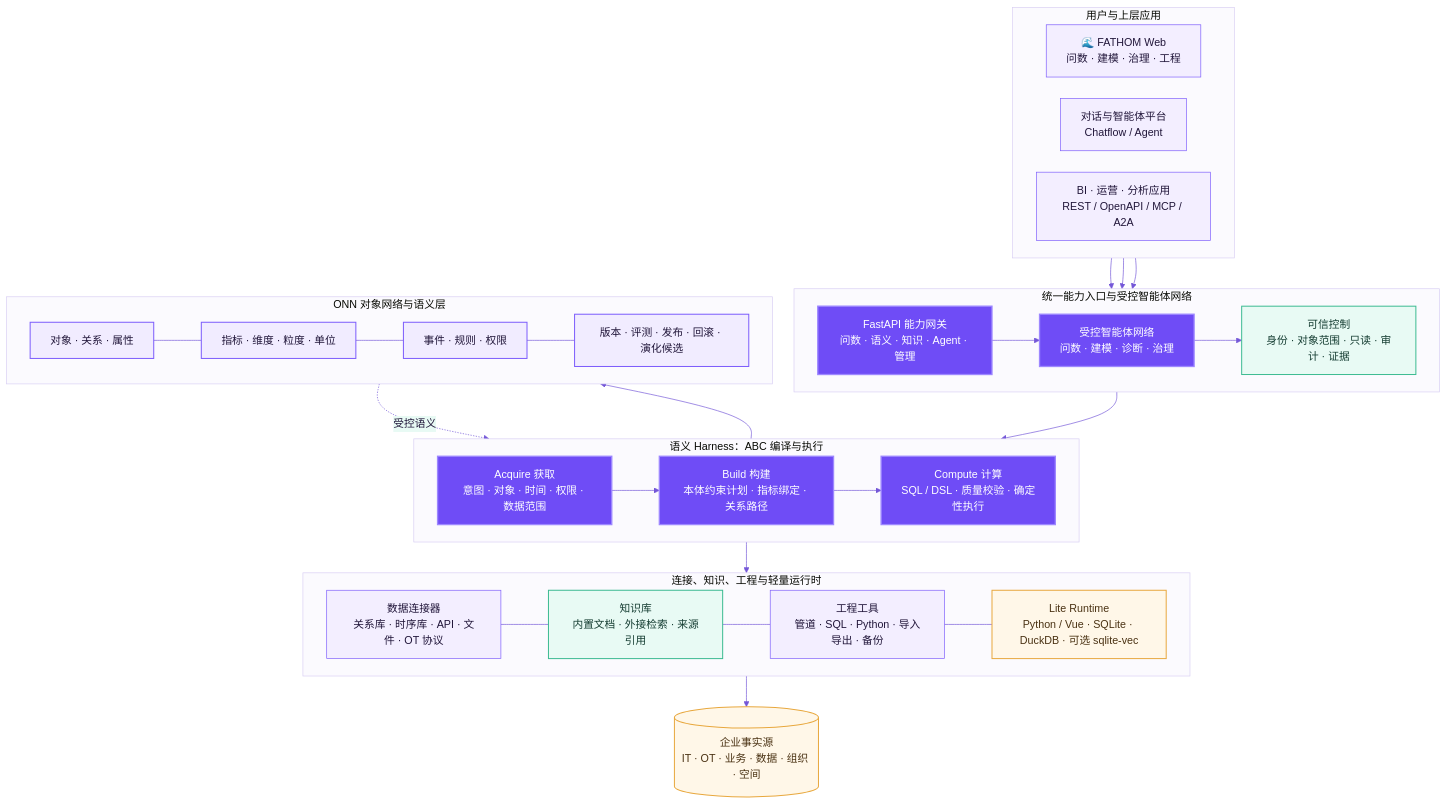
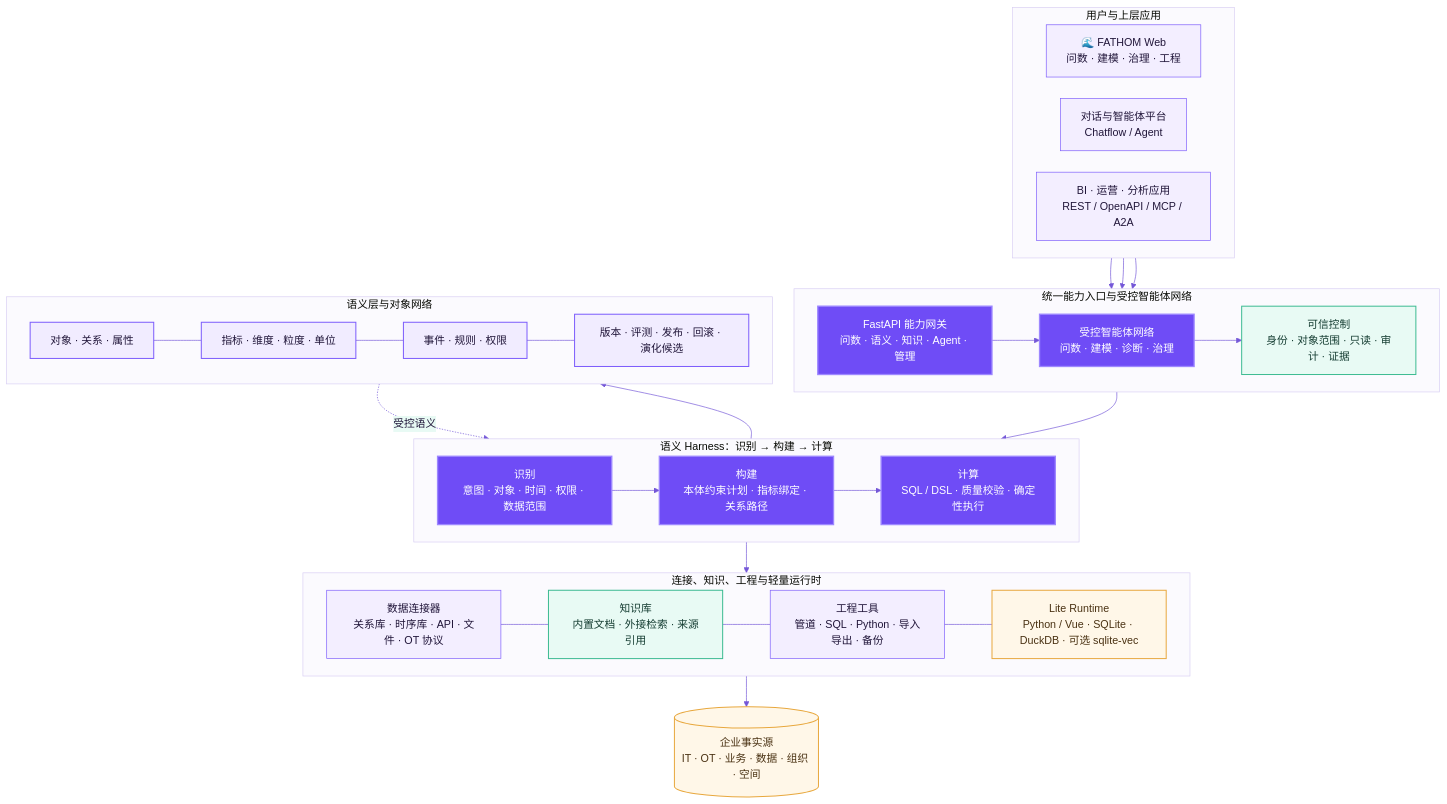
The diagram in docs/diagrams/fathom-architecture.mmd (fatasia/Fathom), drawn with Mermaid before and after one commit. The commit also changed 103 other files, not shown here.

```diff
--- a/docs/diagrams/fathom-architecture.mmd
+++ b/docs/diagrams/fathom-architecture.mmd
@@ -1,62 +1,62 @@
 %%{init: {"theme": "base", "themeVariables": {"fontFamily": "Microsoft YaHei, Inter, sans-serif", "primaryColor": "#F3EEFF", "primaryTextColor": "#21163A", "primaryBorderColor": "#7C5CFC", "lineColor": "#7457D8", "secondaryColor": "#E8FAF4", "tertiaryColor": "#F8F6FC", "clusterBkg": "#FBFAFE", "clusterBorder": "#D8CEF3"}, "flowchart": {"curve": "basis", "nodeSpacing": 32, "rankSpacing": 46}}}%%
 flowchart TB
   subgraph access[用户与上层应用]
     direction LR
     web[🌊 FATHOM Web<br/>问数 · 建模 · 治理 · 工程]
-    dify[对话与智能体平台<br/>Chatflow / Agent]
+    platform[对话与智能体平台<br/>Chatflow / Agent]
     apps[BI · 运营 · 分析应用<br/>REST / OpenAPI / MCP / A2A]
   end
 
   subgraph gateway[统一能力入口与受控智能体网络]
     direction LR
     api[FastAPI 能力网关<br/>问数 · 语义 · 知识 · Agent · 管理]
     mesh[受控智能体网络<br/>问数 · 建模 · 诊断 · 治理]
     trust[可信控制<br/>身份 · 对象范围 · 只读 · 审计 · 证据]
     api --> mesh --> trust
   end
 
-  subgraph harness[语义 Harness：ABC 编译与执行]
+  subgraph harness[语义 Harness：识别 → 构建 → 计算]
     direction LR
-    acquire[Acquire 获取<br/>意图 · 对象 · 时间 · 权限 · 数据范围]
-    build[Build 构建<br/>本体约束计划 · 指标绑定 · 关系路径]
-    compute[Compute 计算<br/>SQL / DSL · 质量校验 · 确定性执行]
+    acquire[识别<br/>意图 · 对象 · 时间 · 权限 · 数据范围]
+    build[构建<br/>本体约束计划 · 指标绑定 · 关系路径]
+    compute[计算<br/>SQL / DSL · 质量校验 · 确定性执行]
     acquire --> build --> compute
   end
 
-  subgraph onn[ONN 对象网络与语义层]
+  subgraph semantic_layer[语义层与对象网络]
     direction LR
     objects[对象 · 关系 · 属性]
     metrics[指标 · 维度 · 粒度 · 单位]
     events[事件 · 规则 · 权限]
     lifecycle[版本 · 评测 · 发布 · 回滚 · 演化候选]
     objects --- metrics --- events --- lifecycle
   end
 
   subgraph foundation[连接、知识、工程与轻量运行时]
     direction LR
     connectors[数据连接器<br/>关系库 · 时序库 · API · 文件 · OT 协议]
     knowledge[知识库<br/>内置文档 · 外接检索 · 来源引用]
     engineering[工程工具<br/>管道 · SQL · Python · 导入导出 · 备份]
     lite[Lite Runtime<br/>Python / Vue · SQLite · DuckDB · 可选 sqlite-vec]
     connectors --- knowledge --- engineering --- lite
   end
 
   sources[(企业事实源<br/>IT · OT · 业务 · 数据 · 组织 · 空间)]
 
   web --> api
-  dify --> api
+  platform --> api
   apps --> api
   trust --> acquire
   build --> objects
   lifecycle -.受控语义.-> compute
   compute --> connectors
   foundation --> sources
 
   classDef primary fill:#6F4CF6,color:#FFFFFF,stroke:#9D87FF,stroke-width:2px;
   classDef semantic fill:#F1ECFF,color:#21163A,stroke:#7C5CFC,stroke-width:1.5px;
   classDef trustClass fill:#E8FAF4,color:#153D32,stroke:#3DBB92,stroke-width:1.5px;
   classDef store fill:#FFF7E8,color:#4A3213,stroke:#E8A83E,stroke-width:1.5px;
   class api,mesh,acquire,build,compute primary;
   class objects,metrics,events,lifecycle semantic;
   class trust,knowledge trustClass;
   class sources,lite store;
```
